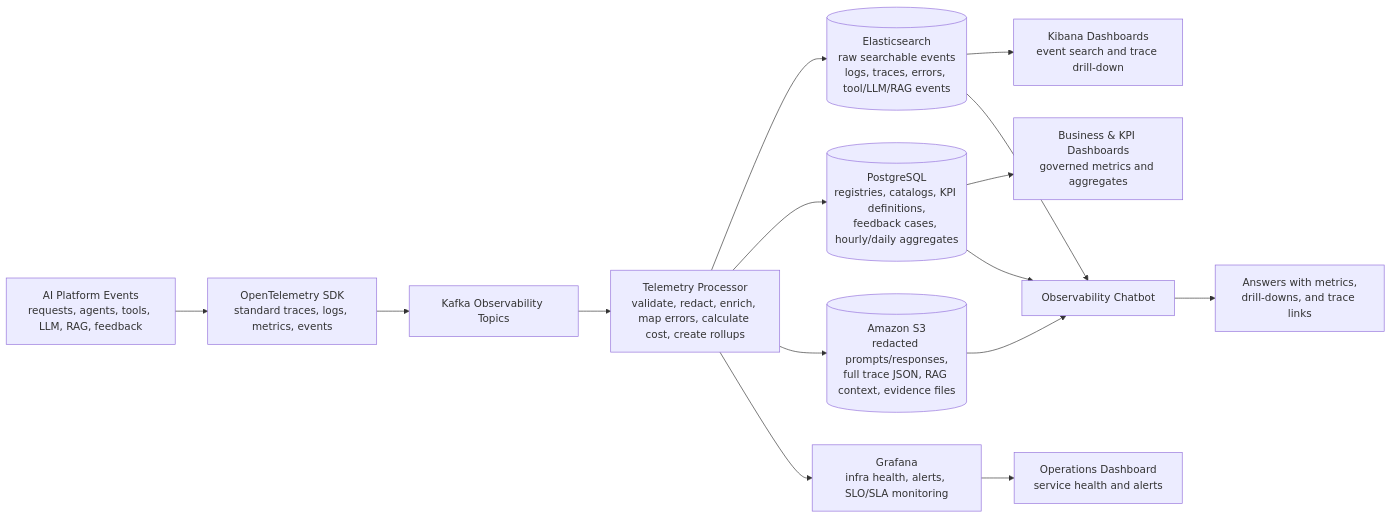
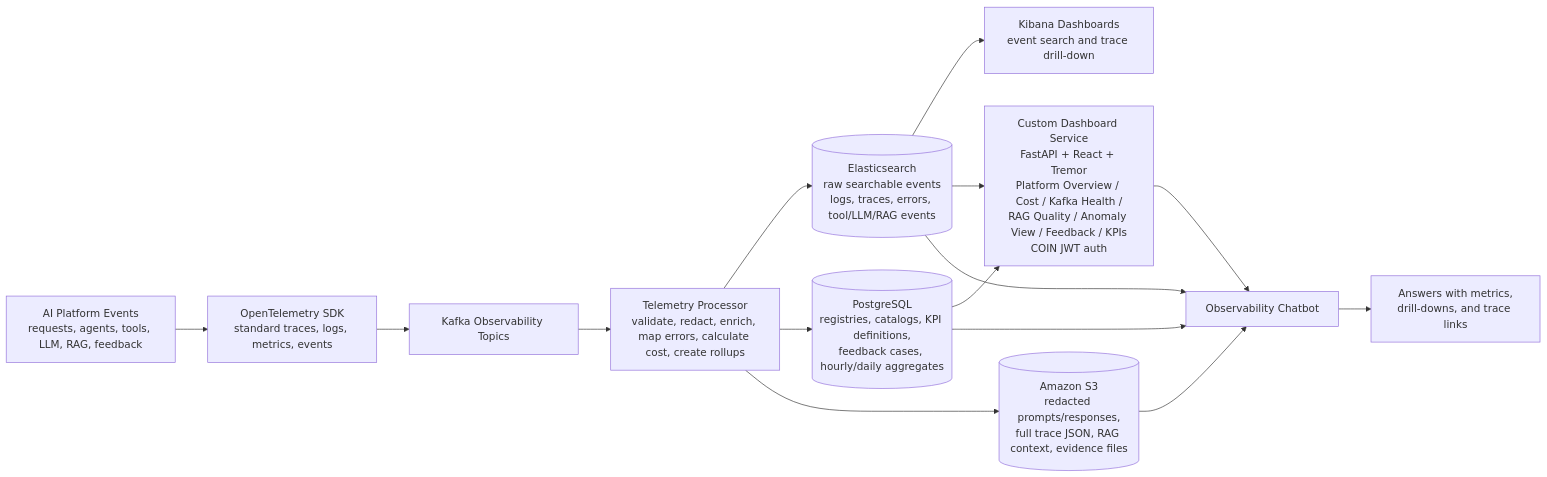
Before and after one commit to sana-work/Observability-Plane: the third of 4 diagrams in AI_Services_Platform_Observability_Plane_Architecture_With_IntentIQ_KPIs (1).md, drawn with Mermaid. The commit also changed other lines of this file and 5 other files, not shown here.

First line of the commit message:
Enhance Observability Architecture with Custom Dashboard Service

````diff
--- a/AI_Services_Platform_Observability_Plane_Architecture_With_IntentIQ_KPIs (1).md
+++ b/AI_Services_Platform_Observability_Plane_Architecture_With_IntentIQ_KPIs (1).md
@@ -699,20 +705,19 @@
 ```mermaid
 flowchart LR
     A[AI Platform Events<br/>requests, agents, tools, LLM, RAG, feedback] --> B[OpenTelemetry SDK<br/>standard traces, logs, metrics, events]
     B --> C[Kafka Observability Topics]
     C --> D[Telemetry Processor<br/>validate, redact, enrich, map errors, calculate cost, create rollups]
 
     D --> ES[(Elasticsearch<br/>raw searchable events<br/>logs, traces, errors, tool/LLM/RAG events)]
     D --> PG[(PostgreSQL<br/>registries, catalogs, KPI definitions,<br/>feedback cases, hourly/daily aggregates)]
     D --> S3[(Amazon S3<br/>redacted prompts/responses,<br/>full trace JSON, RAG context, evidence files)]
-    D --> GF[Grafana<br/>infra health, alerts, SLO/SLA monitoring]
 
     ES --> KIB[Kibana Dashboards<br/>event search and trace drill-down]
-    PG --> DASH[Business & KPI Dashboards<br/>governed metrics and aggregates]
-    GF --> OPS[Operations Dashboard<br/>service health and alerts]
-
-    ES --> BOT[Observability Chatbot]
-    PG --> BOT
+    PG --> CUSTOMDASH[Custom Dashboard Service<br/>FastAPI + React + Tremor<br/>Platform Overview / Cost / Kafka Health /<br/>RAG Quality / Anomaly View / Feedback / KPIs<br/>COIN JWT auth]
+    ES --> CUSTOMDASH
+    PG --> BOT[Observability Chatbot]
+    ES --> BOT
     S3 --> BOT
+    CUSTOMDASH --> BOT
     BOT --> USER[Answers with metrics,<br/>drill-downs, and trace links]
 ```
````
